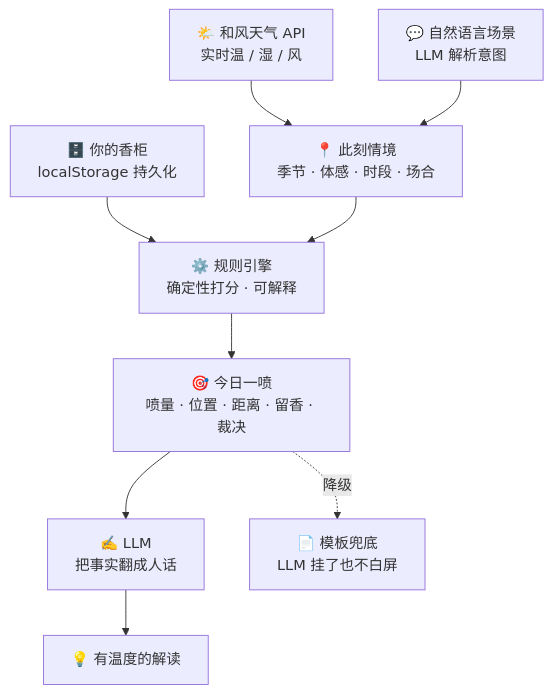
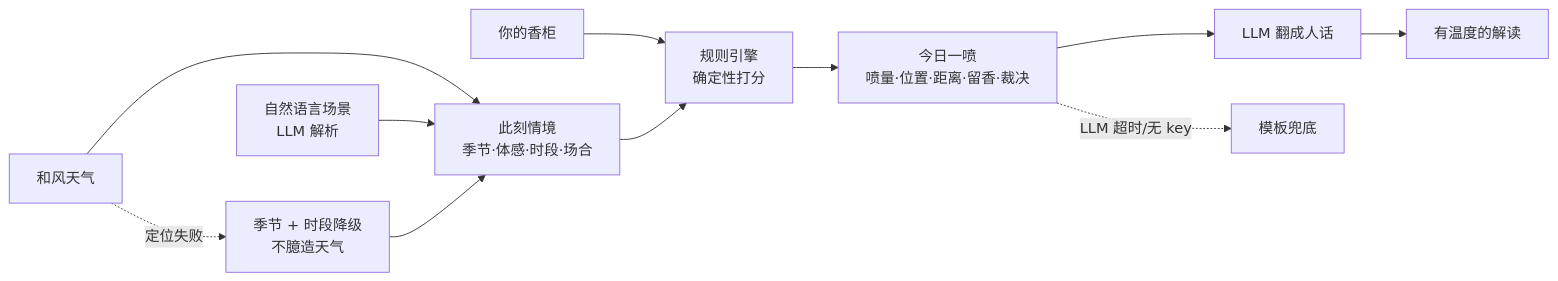
Before and after one commit to MrBaoboer/FenCun: the third of 5 diagrams in docs/氛寸-产品方案.md, drawn with Mermaid. The commit also changed other lines of this file and 16 other files, not shown here.

````diff
--- a/docs/氛寸-产品方案.md
+++ b/docs/氛寸-产品方案.md
@@ -109,20 +180,13 @@
 ```mermaid
-flowchart TD
-    Lib["🗄️ 你的香柜<br/>localStorage 持久化"]
-    Weather["🌤️ 和风天气 API<br/>实时温 / 湿 / 风"]
-    Scene["💬 自然语言场景<br/>LLM 解析意图"]
-    Ctx["📍 此刻情境<br/>季节 · 体感 · 时段 · 场合"]
-    Engine["⚙️ 规则引擎<br/>确定性打分 · 可解释"]
-    Pick["🎯 今日一喷<br/>喷量 · 位置 · 距离 · 留香 · 裁决"]
-    LLM["✍️ LLM<br/>把事实翻成人话"]
-    Out["💡 有温度的解读"]
-    Tpl["📄 模板兜底<br/>LLM 挂了也不白屏"]
-
-    Weather --> Ctx
-    Scene --> Ctx
-    Lib --> Engine
-    Ctx --> Engine
-    Engine --> Pick
-    Pick --> LLM --> Out
-    Pick -. 降级 .-> Tpl
+flowchart LR
+    W["和风天气"] --> CTX["此刻情境<br/>季节·体感·时段·场合"]
+    S["自然语言场景<br/>LLM 解析"] --> CTX
+    L["你的香柜"] --> ENG["规则引擎<br/>确定性打分"]
+    CTX --> ENG
+    ENG --> PICK["今日一喷<br/>喷量·位置·距离·留香·裁决"]
+    PICK --> LLM["LLM 翻成人话"]
+    LLM --> OUT["有温度的解读"]
+    PICK -. LLM 超时/无 key .-> TPL["模板兜底"]
+    W -. 定位失败 .-> DEG["季节 + 时段降级<br/>不臆造天气"]
+    DEG --> CTX
 ```
````
